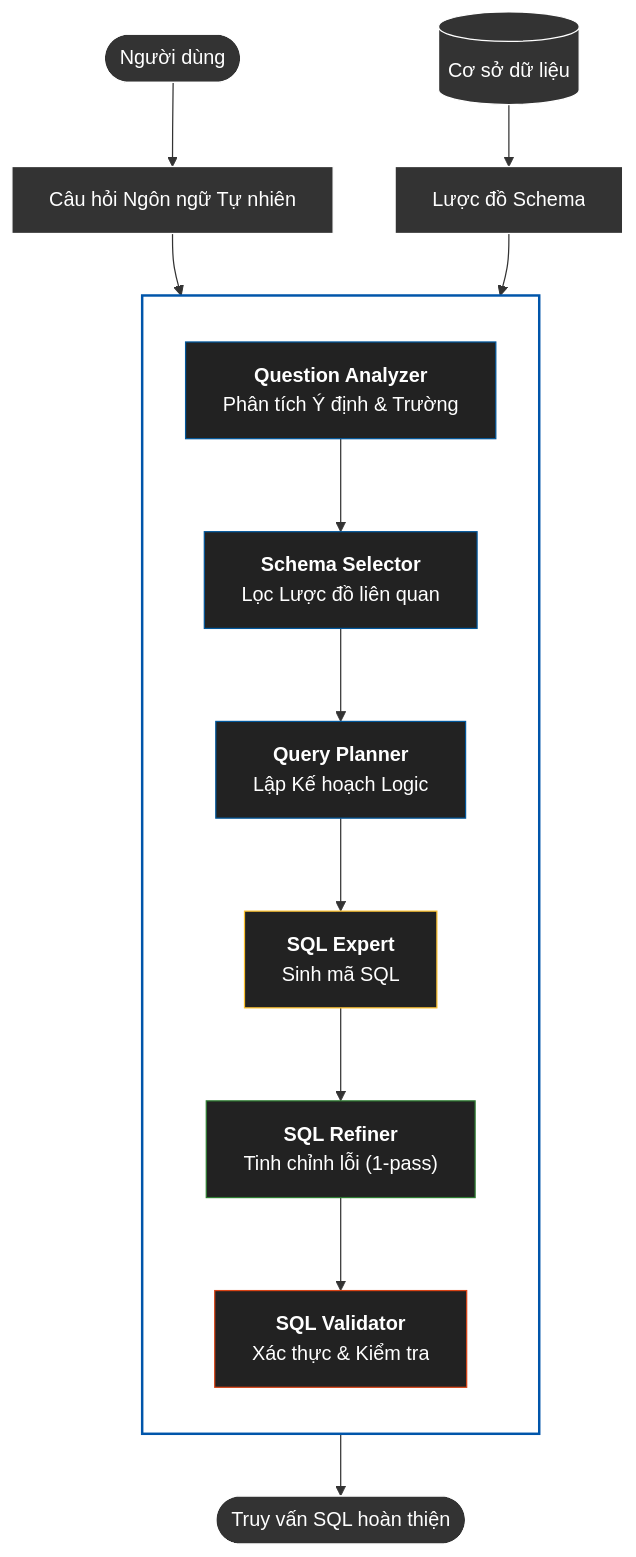
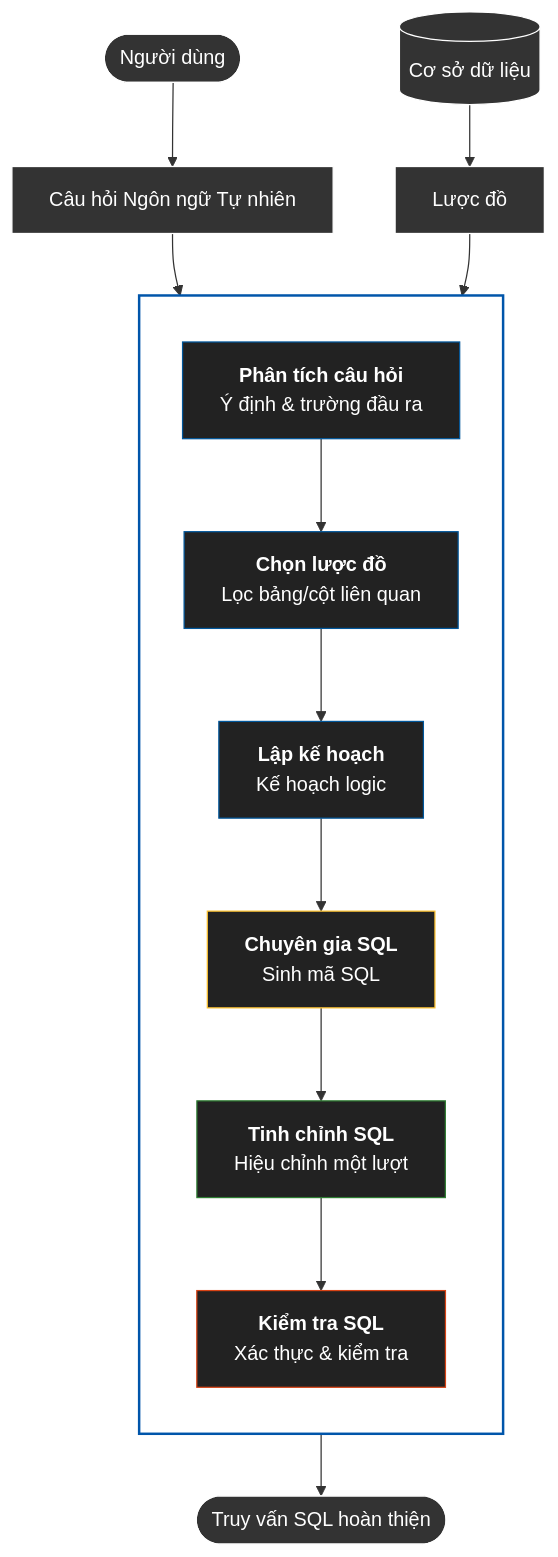
Before and after one commit to thanhmiyata/luan-van-tot-nghiep: the first of 3 diagrams in report/complete_paper_combined_vi.md, drawn with Mermaid. The commit also changed other lines of this file and 116 other files, not shown here.

````diff
--- a/report/complete_paper_combined_vi.md
+++ b/report/complete_paper_combined_vi.md
@@ -78,40 +78,40 @@
 ```mermaid
 graph TD
     User([Người dùng]) --> Q["Câu hỏi Ngôn ngữ Tự nhiên"]
-    DB[(Cơ sở dữ liệu)] --> S["Lược đồ Schema"]
+    DB[(Cơ sở dữ liệu)] --> S["Lược đồ"]
     
-    subgraph CrewAI ["Điều phối bởi CrewAI Framework"]
+    subgraph CrewAI ["Điều phối bởi khung CrewAI"]
         direction TB
-        A1["<b>Question Analyzer</b><br/>Phân tích Ý định & Trường"]
-        A2["<b>Schema Selector</b><br/>Lọc Lược đồ liên quan"]
-        A3["<b>Query Planner</b><br/>Lập Kế hoạch Logic"]
-        A4["<b>SQL Expert</b><br/>Sinh mã SQL"]
-        A5["<b>SQL Refiner</b><br/>Tinh chỉnh lỗi (1-pass)"]
-        A6["<b>SQL Validator</b><br/>Xác thực & Kiểm tra"]
+        A1["<b>Phân tích câu hỏi</b><br/>Ý định & trường đầu ra"]
+        A2["<b>Chọn lược đồ</b><br/>Lọc bảng/cột liên quan"]
+        A3["<b>Lập kế hoạch</b><br/>Kế hoạch logic"]
+        A4["<b>Chuyên gia SQL</b><br/>Sinh mã SQL"]
+        A5["<b>Tinh chỉnh SQL</b><br/>Hiệu chỉnh một lượt"]
+        A6["<b>Kiểm tra SQL</b><br/>Xác thực & kiểm tra"]
     end
     
     Q --> A1
     S --> A1
     A1 --> A2
     A2 --> A3
     A3 --> A4
     A4 --> A5
     A5 --> A6
     A6 --> FinalSQL([Truy vấn SQL hoàn thiện])
 
     %% Cải thiện độ tương phản: Nền tối, chữ trắng, viền có màu
     style CrewAI fill:transparent,stroke:#0055aa,stroke-width:2px,color:#fff
     style A1 fill:#222,stroke:#01579b,color:#fff
     style A2 fill:#222,stroke:#01579b,color:#fff
     style A3 fill:#222,stroke:#01579b,color:#fff
     style A4 fill:#222,stroke:#fbc02d,color:#fff
     style A5 fill:#222,stroke:#2e7d32,color:#fff
     style A6 fill:#222,stroke:#d84315,color:#fff
     
     %% Các node ngoài
     style User fill:#333,stroke:#fff,color:#fff
     style DB fill:#333,stroke:#fff,color:#fff
     style Q fill:#333,stroke:#fff,color:#fff
     style S fill:#333,stroke:#fff,color:#fff
     style FinalSQL fill:#333,stroke:#fff,color:#fff
 ```
````
